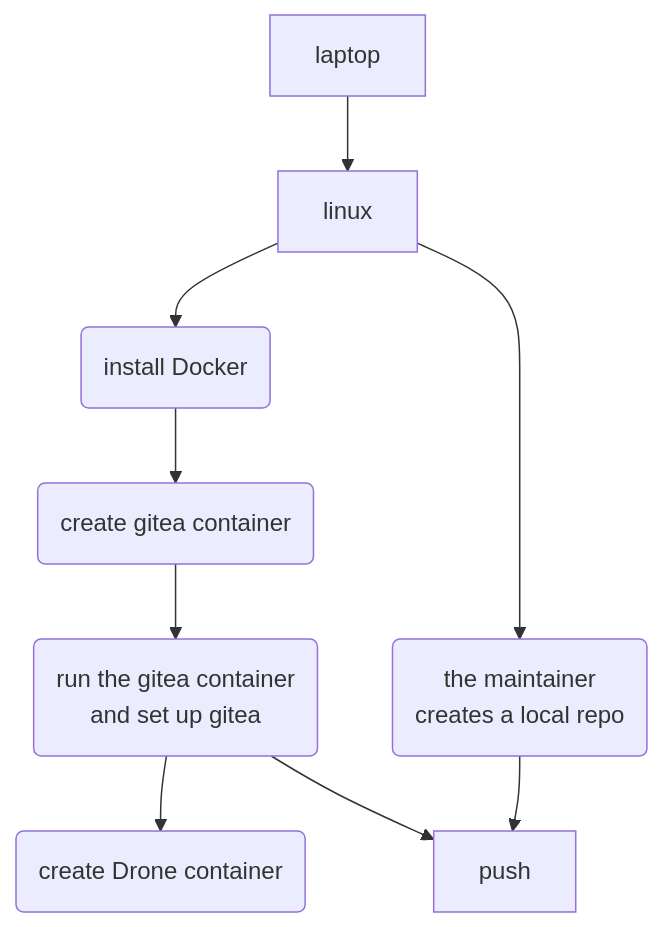
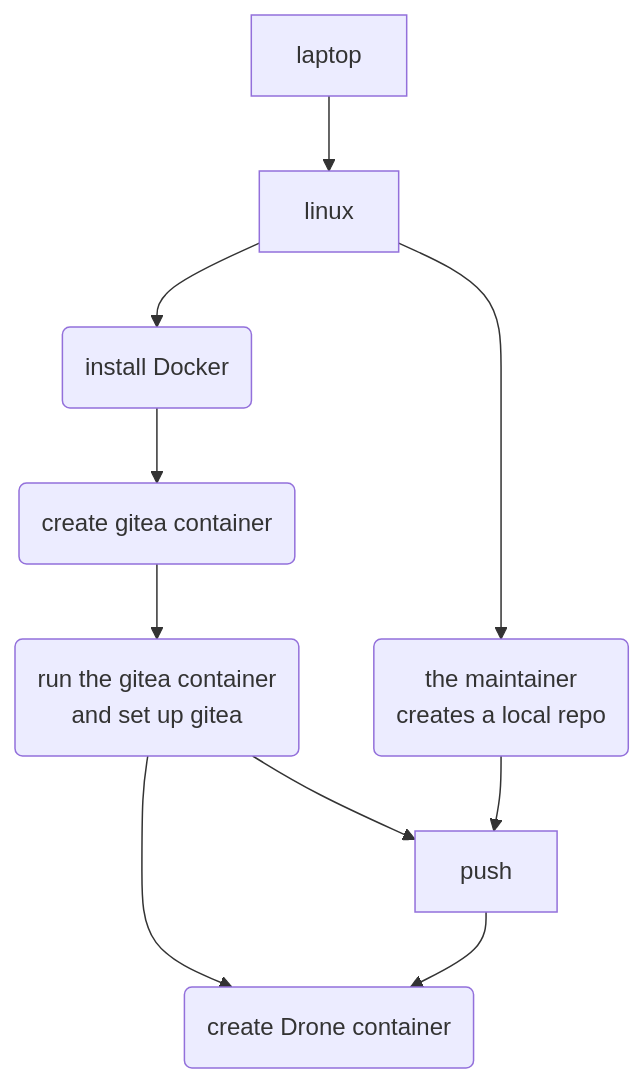
Before and after one commit to cardinal-II/learn-it-dev-with-diagrams: the diagram in selfhosted_cicd.md, drawn with Mermaid.

````diff
--- a/selfhosted_cicd.md
+++ b/selfhosted_cicd.md
@@ -1,15 +1,15 @@
 ```mermaid
 graph TD;
 laptop-->linux-->docker --> gitea -->setup_gitea --> drone;
 linux-->m_local_repo-->push
-setup_gitea-->push
+setup_gitea-->push --> drone
 
 
 docker(install Docker);
 gitea(create gitea container);
 drone(create Drone container);
 setup_gitea("run the gitea container
   and set up gitea");
 m_local_repo("the maintainer
   creates a local repo");
 ```
````
